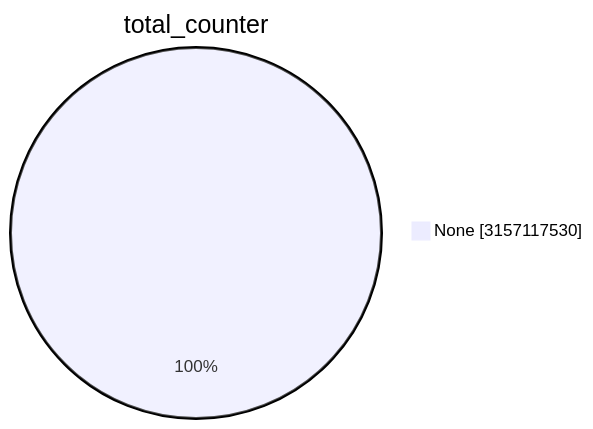
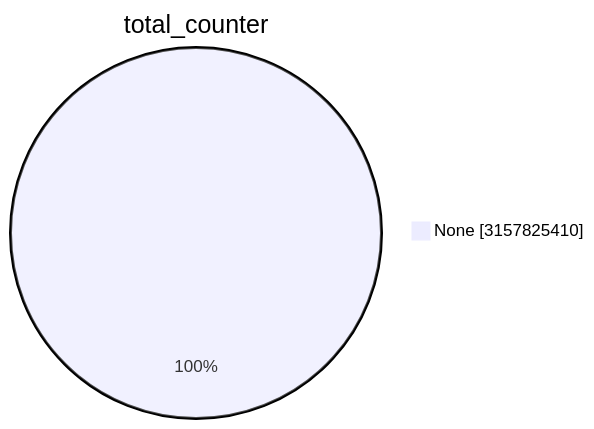
Before and after one commit to christiankrug/ctmonitor_visualization: the first of 15 diagrams in TOTAL/README.md, drawn with Mermaid. The commit also changed other lines of this file, not shown here.

````diff
--- a/TOTAL/README.md
+++ b/TOTAL/README.md
@@ -1,5 +1,5 @@
 ```mermaid
 pie showData
 title total_counter
-"None" :3157117530
+"None" :3157825410
 ```
````
